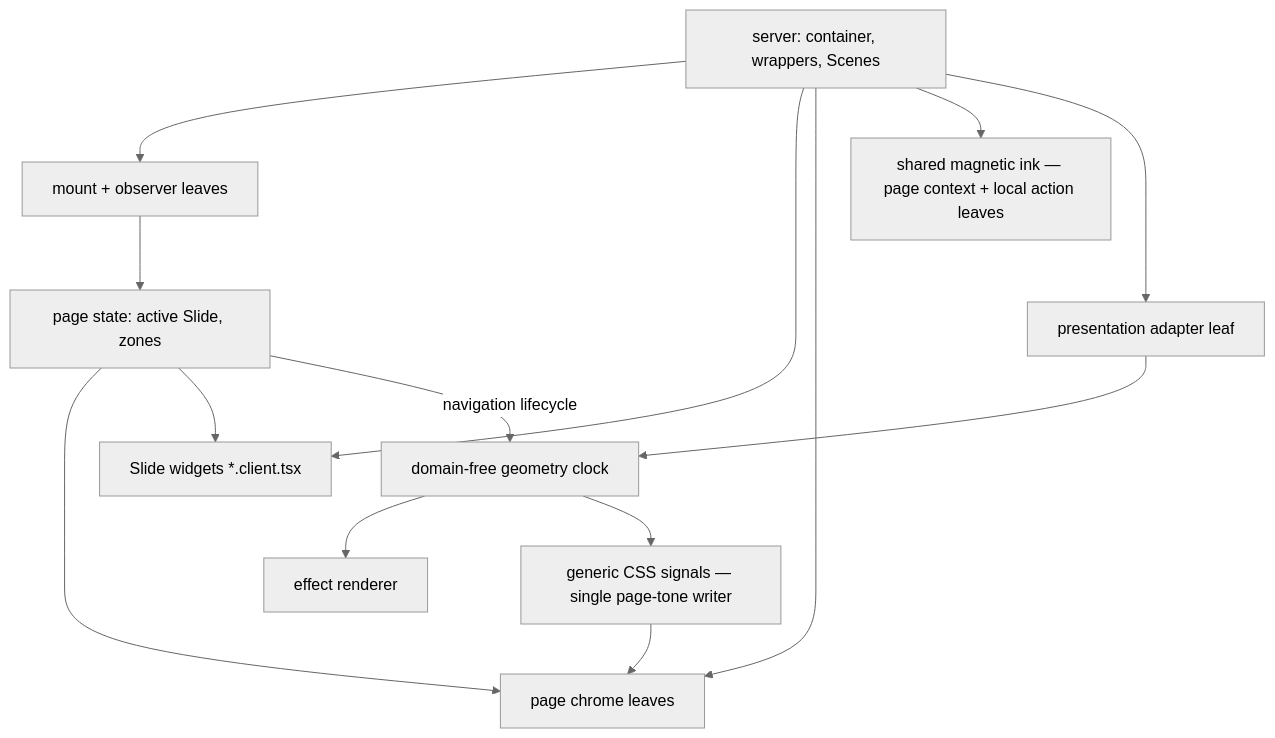
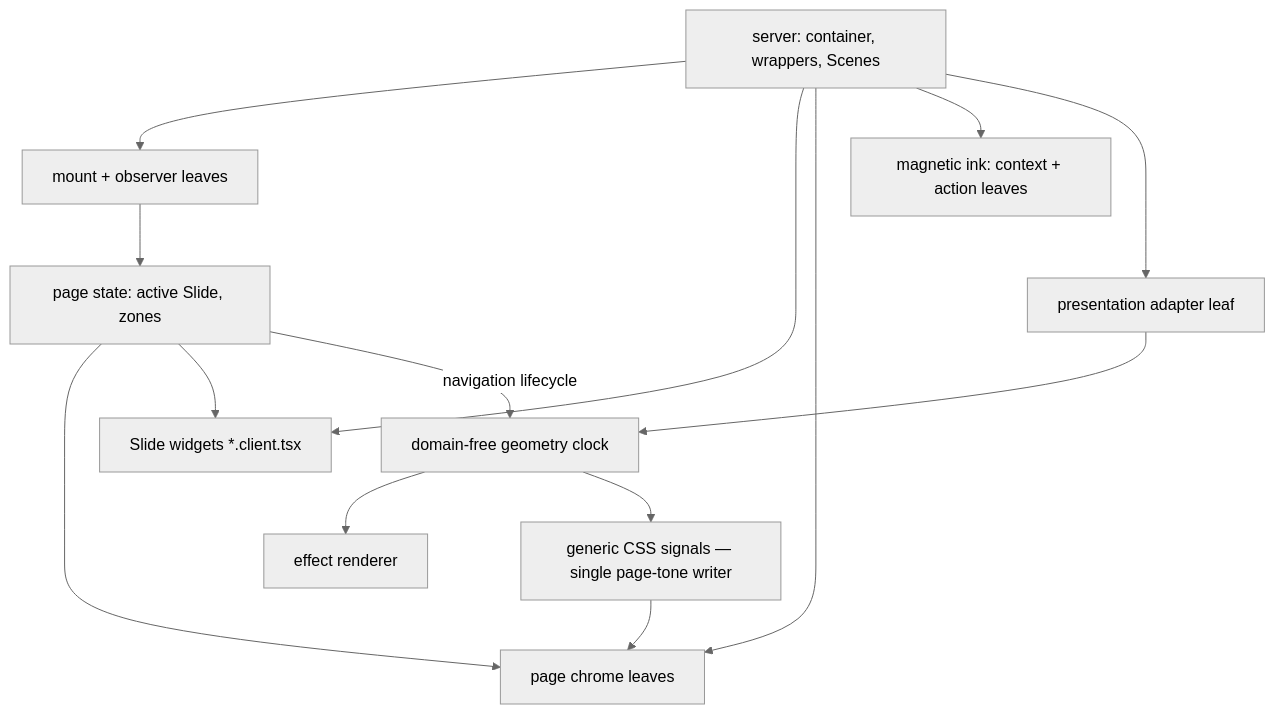
Before and after one commit to hancrafted/content-library: the fifth of 5 diagrams in .archgate/adrs/FE-004-slide-architecture.md, drawn with Mermaid (neutral theme). The commit also changed other lines of this file and 8 other files, not shown here.

````diff
--- a/.archgate/adrs/FE-004-slide-architecture.md
+++ b/.archgate/adrs/FE-004-slide-architecture.md
@@ -100,16 +100,16 @@
 ```mermaid
 flowchart TD
   S["server: container, wrappers, Scenes"] --> M["mount + observer leaves"]
   S --> X["Slide widgets *.client.tsx"]
   S --> CL["page chrome leaves"]
   M --> ST["page state: active Slide, zones"]
   ST --> CL
   ST --> X
-  S --> IP["shared magnetic ink — page context + local action leaves"]
+  S --> IP["magnetic ink: context + action leaves"]
   S --> PA["presentation adapter leaf"]
   PA --> CK["domain-free geometry clock"]
   ST -- "navigation lifecycle" --> CK
   CK --> FX["effect renderer"]
   CK --> SG["generic CSS signals — single page-tone writer"]
   SG --> CL
 ```
````
